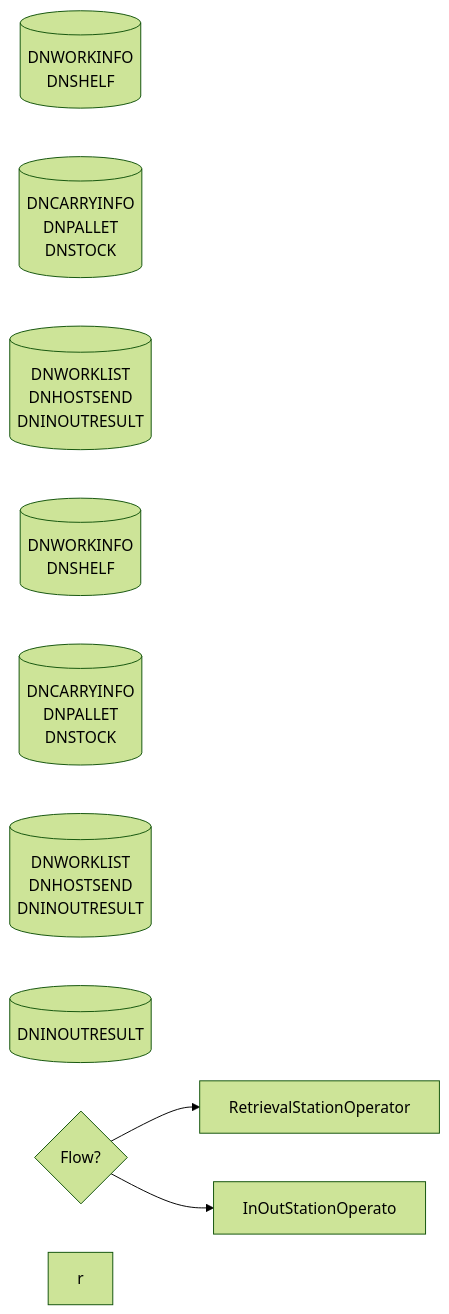
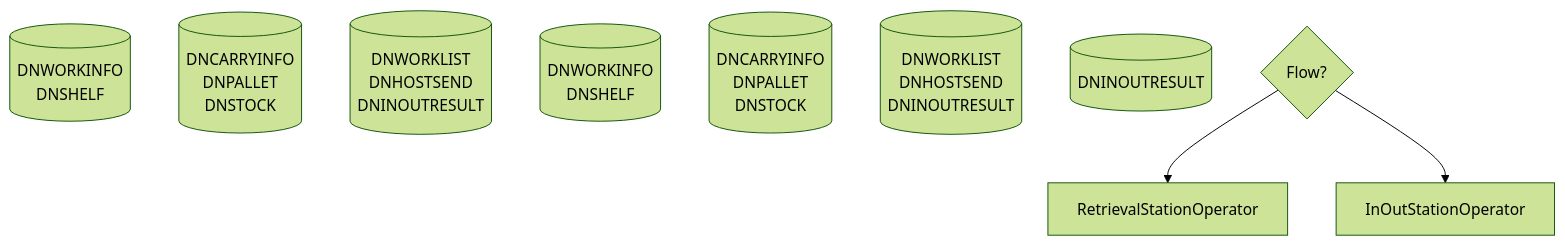
Diagram 20 of 20 in Basic-Design/DFD-WMS/Retrieval/Specific-Location-Retrieval-Setting.md (luthfiadityaa/SimeDarby-Wiki), drawn with Mermaid (forest theme) before and after one commit.

Commit message:
Updated Specific Location Retrieval Setting

```diff
--- a/Basic-Design/DFD-WMS/Retrieval/Specific-Location-Retrieval-Setting.md
+++ b/Basic-Design/DFD-WMS/Retrieval/Specific-Location-Retrieval-Setting.md
@@ -853,46 +853,45 @@
 ::: mermaid
-flowchart LR
+flowchart TD
 
 id26-update[("
 DNWORKINFO
 DNSHELF
 ")]
 
 id26-delete[("
 DNCARRYINFO
 DNPALLET
 DNSTOCK
 ")]
 
 id26-insert[("
 DNWORKLIST
 DNHOSTSEND
 DNINOUTRESULT
 ")]
 
 id26-update2[("
 DNWORKINFO
 DNSHELF
 ")]
 
 id26-delete2[("
 DNCARRYINFO
 DNPALLET
 DNSTOCK
 ")]
 
 id26-insert3[("
 DNWORKLIST
 DNHOSTSEND
 DNINOUTRESULT
 ")]
 
 id26-insert2[("
 DNINOUTRESULT
 ")]
 
 Cond1{Flow?} --> RetrievalStationOperator
-Cond1{Flow?} --> InOutStationOperato
-r 
+Cond1{Flow?} --> InOutStationOperator 
 
 :::
```
